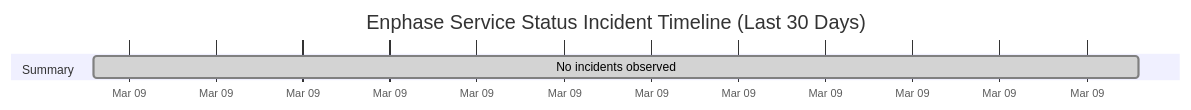
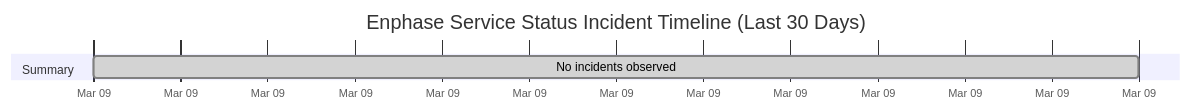
Before and after one commit to barneyonline/ha-enphase-ev-charger: the diagram in wiki/Service-Status-History.md, drawn with Mermaid. The commit also changed other lines of this file and 3 other files, not shown here.

````diff
--- a/wiki/Service-Status-History.md
+++ b/wiki/Service-Status-History.md
@@ -14,8 +14,8 @@
 ```mermaid
 gantt
     title Enphase Service Status Incident Timeline (Last 30 Days)
     dateFormat  YYYY-MM-DDTHH:mm:ss
     axisFormat  %b %d
     section Summary
-    No incidents observed :done, 2026-03-09T08:33:58, 1m
+    No incidents observed :done, 2026-03-09T09:38:55, 1m
 ```
````
